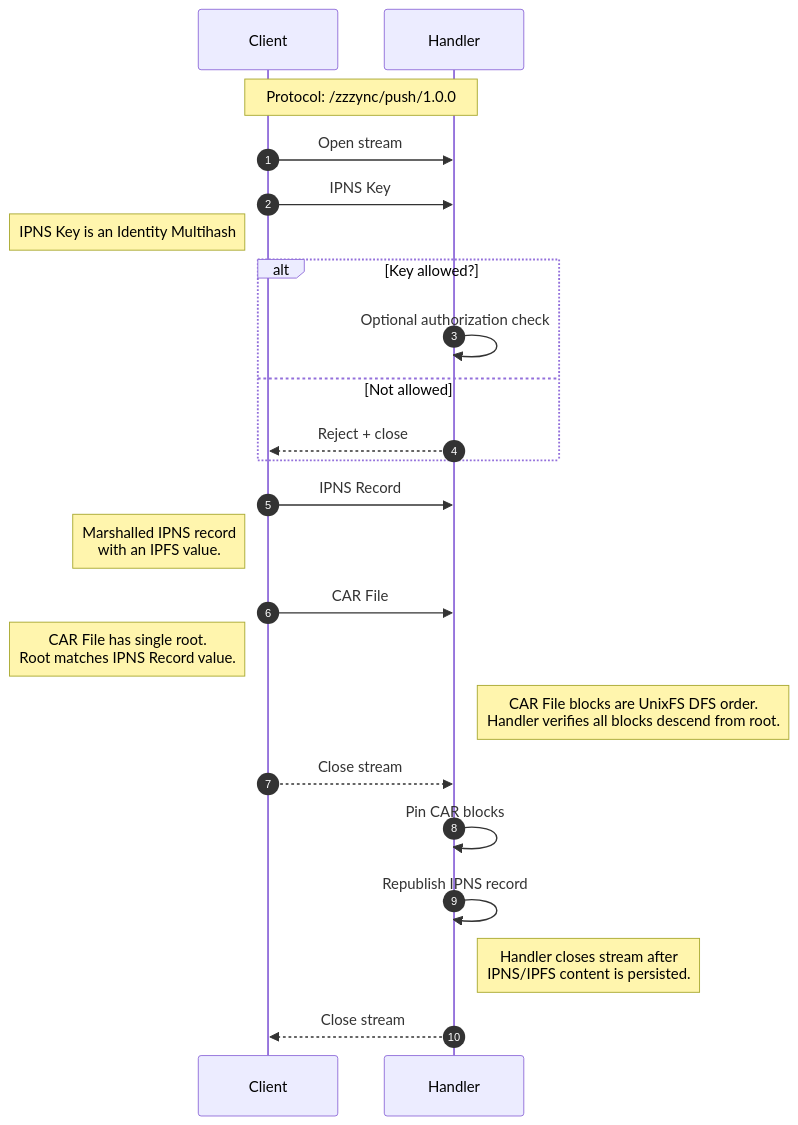
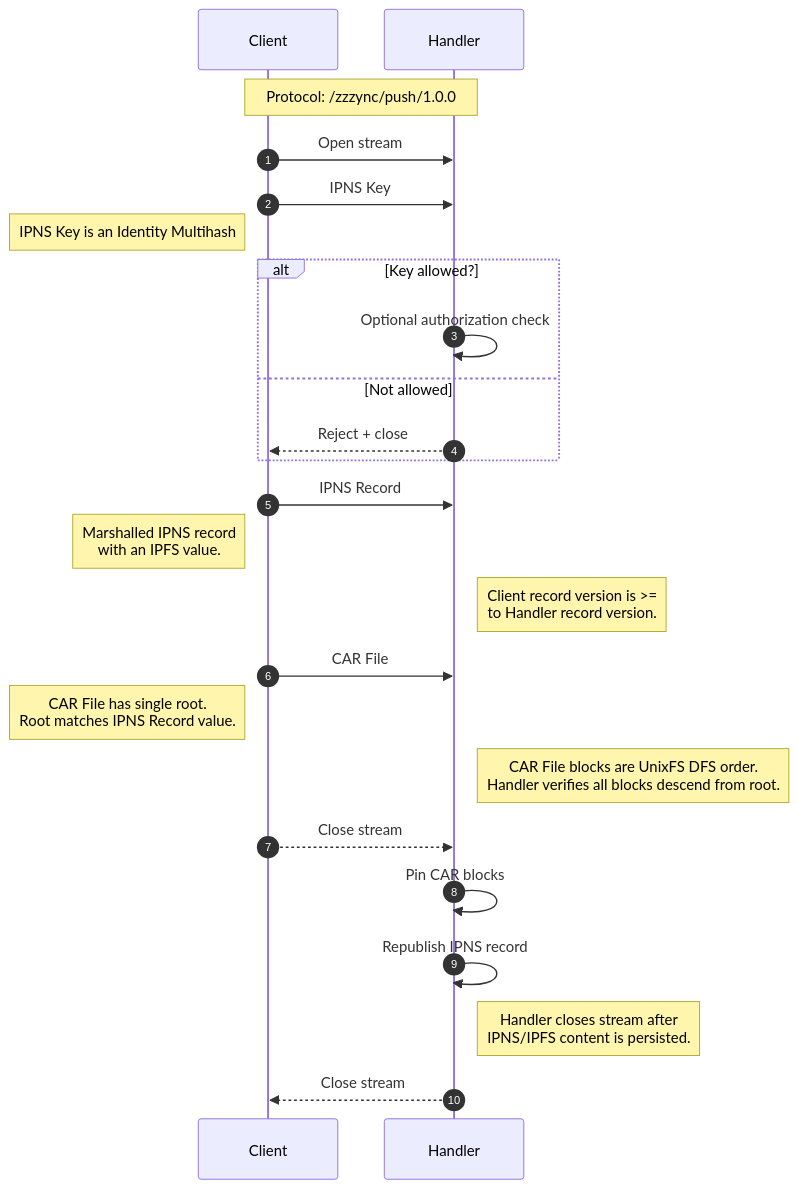
Before and after one commit to tabcat/zzzync: the diagram in spec.md, drawn with Mermaid.

Commit message:
docs(spec): add not about remote record version

````diff
--- a/spec.md
+++ b/spec.md
@@ -13,32 +13,33 @@
 ```mermaid
 sequenceDiagram
   autonumber
   participant C as Client
   participant H as Handler
 
   Note over C,H: Protocol: /zzzync/push/1.0.0
 
   C->>H: Open stream
 
   C->>H: IPNS Key
   Note left of C: IPNS Key is an Identity Multihash
 
   alt Key allowed?
     H->>H: Optional authorization check
   else Not allowed
     H-->>C: Reject + close
   end
 
   C->>H: IPNS Record
   Note left of C: Marshalled IPNS record<br/>with an IPFS value.
+  Note right of H: Client record version is >=<br/>to Handler record version.
 
   C->>H: CAR File
   Note left of C: CAR File has single root.<br/>Root matches IPNS Record value.
   Note right of H: CAR File blocks are UnixFS DFS order.<br/>Handler verifies all blocks descend from root.
   C-->>H: Close stream
 
   H->>H: Pin CAR blocks
   H->>H: Republish IPNS record
   Note right of H: Handler closes stream after<br/>IPNS/IPFS content is persisted.
   H-->>C: Close stream
 ```
````
